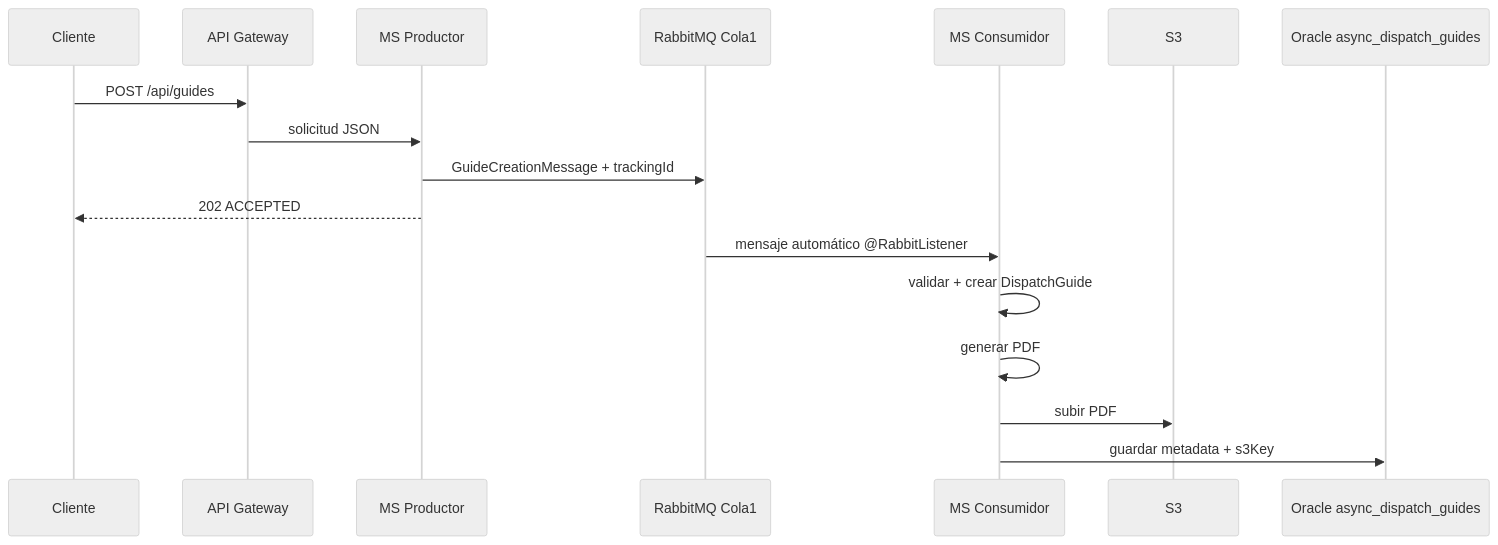
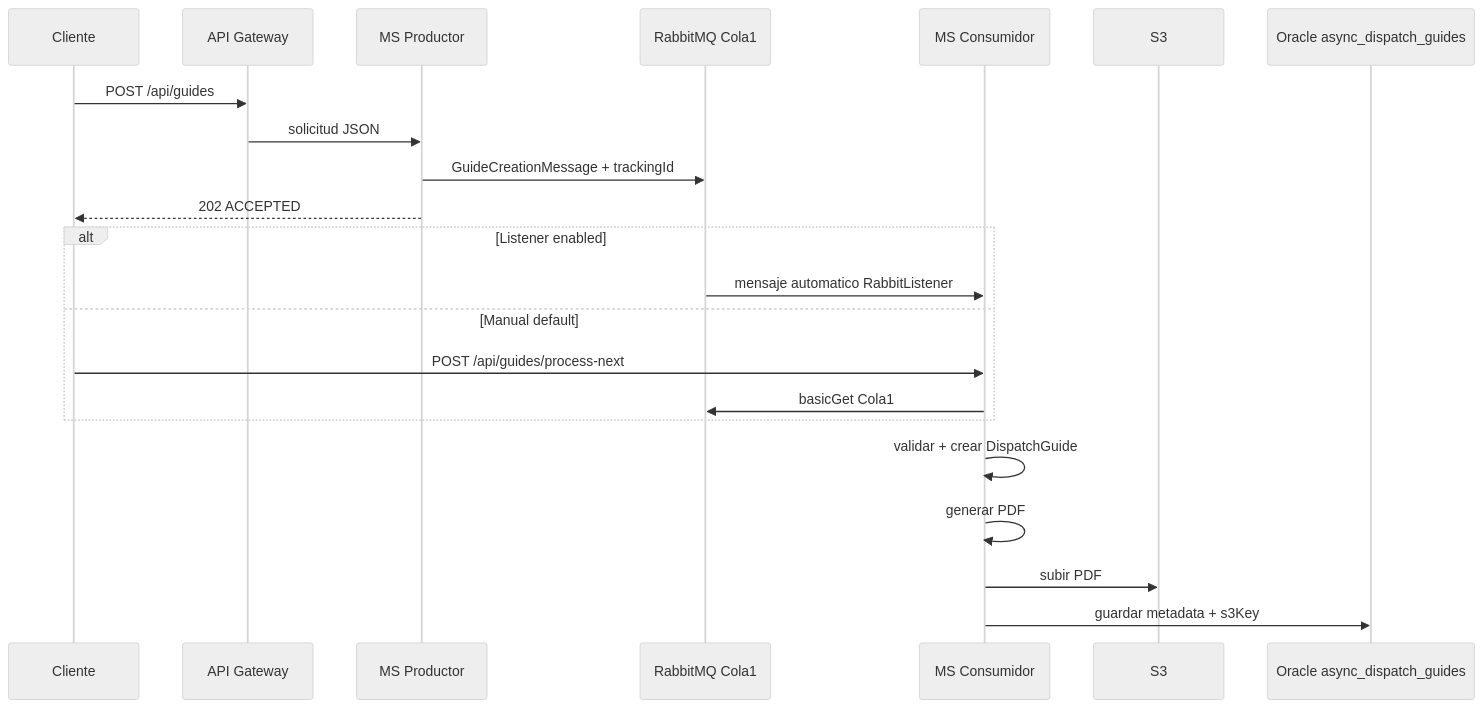
One commit to L0ncho/dispatch-flow-api changed the second of 4 diagrams in docs/arquitectura.md. Above: the diagram before and after it, drawn with Mermaid (neutral theme). The commit also changed other lines of this file and 20 other files, not shown here.

Commit message:
feat: default consumer to manual mode with secured POST /api/guides/process-next

````diff
--- a/docs/arquitectura.md
+++ b/docs/arquitectura.md
@@ -66,21 +68,26 @@
 ```mermaid
 sequenceDiagram
     participant C as Cliente
     participant GW as API Gateway
     participant P as MS Productor
     participant RMQ as RabbitMQ Cola1
     participant Cn as MS Consumidor
     participant S3 as S3
     participant O as Oracle async_dispatch_guides
 
     C->>GW: POST /api/guides
     GW->>P: solicitud JSON
     P->>RMQ: GuideCreationMessage + trackingId
     P-->>C: 202 ACCEPTED
 
-    RMQ->>Cn: mensaje automático @RabbitListener
+    alt Listener enabled
+        RMQ->>Cn: mensaje automatico RabbitListener
+    else Manual default
+        C->>Cn: POST /api/guides/process-next
+        Cn->>RMQ: basicGet Cola1
+    end
     Cn->>Cn: validar + crear DispatchGuide
     Cn->>Cn: generar PDF
     Cn->>S3: subir PDF
     Cn->>O: guardar metadata + s3Key
 ```
````
